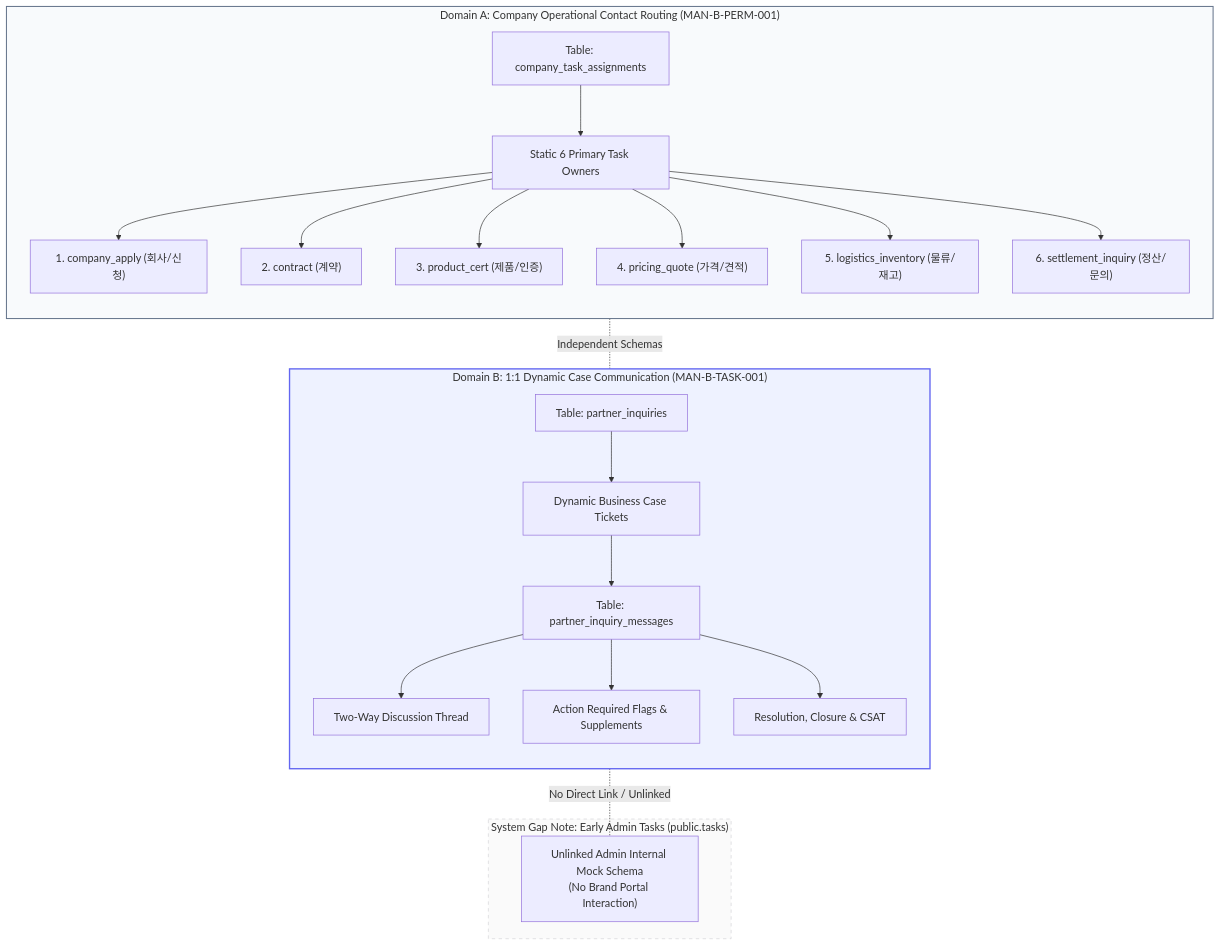
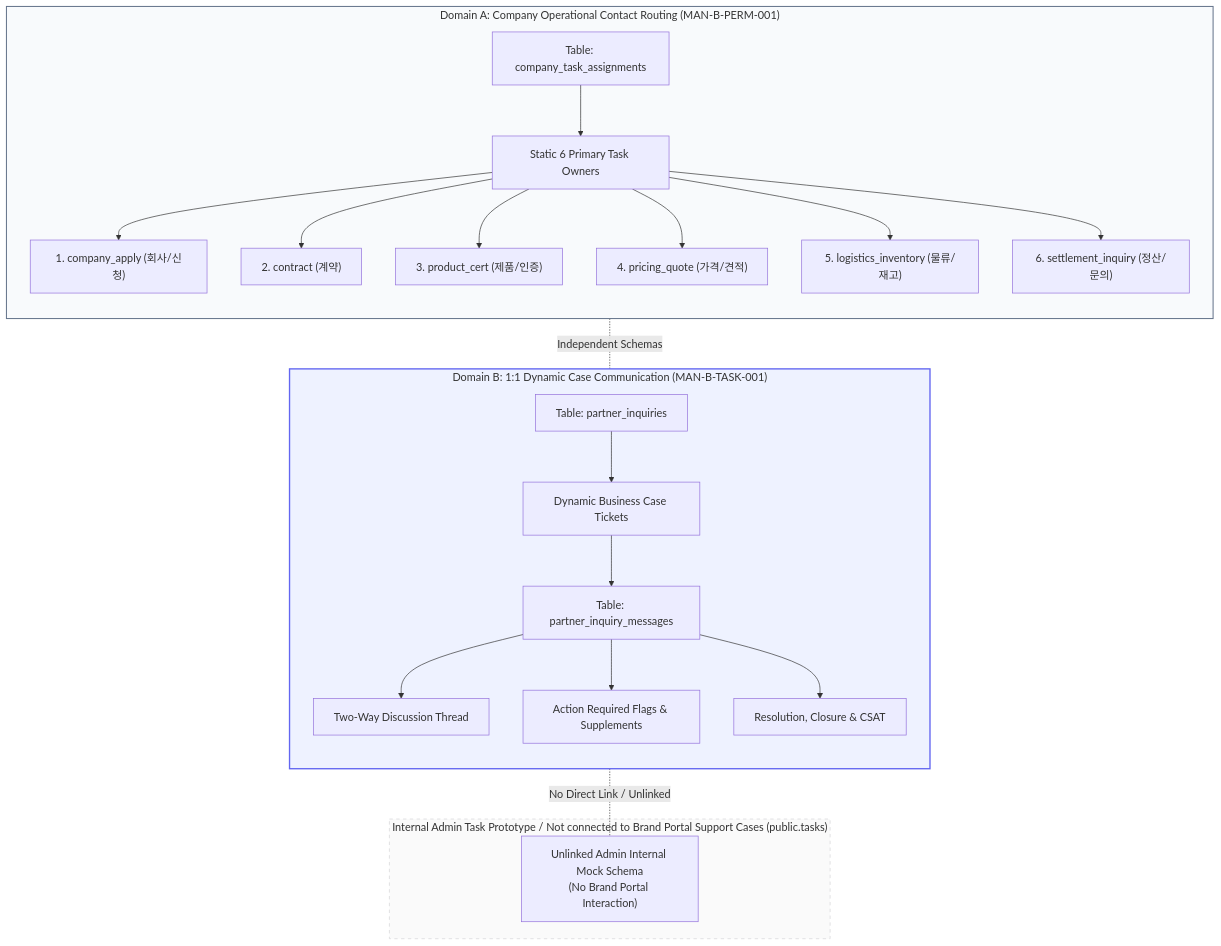
One commit to chaehahm-Kr/KBGP-Portal changed the first of 7 diagrams in Manuals/MAN-B-TASK-001_Task-Communication/02_CLAUDE_PACKAGE/03_DIAGRAMS/TASK_COMMUNICATION_ARCHITECTURE_DIAGRAMS.md. Above: the diagram before and after it, drawn with Mermaid. The commit also changed 7 other files, not shown here.

````diff
--- a/Manuals/MAN-B-TASK-001_Task-Communication/02_CLAUDE_PACKAGE/03_DIAGRAMS/TASK_COMMUNICATION_ARCHITECTURE_DIAGRAMS.md
+++ b/Manuals/MAN-B-TASK-001_Task-Communication/02_CLAUDE_PACKAGE/03_DIAGRAMS/TASK_COMMUNICATION_ARCHITECTURE_DIAGRAMS.md
@@ -13,32 +13,32 @@
 ```mermaid
 graph TD
     subgraph DomainA["Domain A: Company Operational Contact Routing (MAN-B-PERM-001)"]
         direction TB
         A1["Table: company_task_assignments"] --> A2["Static 6 Primary Task Owners"]
         A2 --> A3["1. company_apply (회사/신청)"]
         A2 --> A4["2. contract (계약)"]
         A2 --> A5["3. product_cert (제품/인증)"]
         A2 --> A6["4. pricing_quote (가격/견적)"]
         A2 --> A7["5. logistics_inventory (물류/재고)"]
         A2 --> A8["6. settlement_inquiry (정산/문의)"]
         style DomainA fill:#f8fafc,stroke:#64748b,stroke-width:1.5px
     end
 
     subgraph DomainB["Domain B: 1:1 Dynamic Case Communication (MAN-B-TASK-001)"]
         direction TB
         B1["Table: partner_inquiries"] --> B2["Dynamic Business Case Tickets"]
         B2 --> B3["Table: partner_inquiry_messages"]
         B3 --> B4["Two-Way Discussion Thread"]
         B3 --> B5["Action Required Flags & Supplements"]
         B3 --> B6["Resolution, Closure & CSAT"]
         style DomainB fill:#eef2ff,stroke:#6366f1,stroke-width:2px
     end
 
-    subgraph DomainC["System Gap Note: Early Admin Tasks (public.tasks)"]
+    subgraph DomainC["Internal Admin Task Prototype / Not connected to Brand Portal Support Cases (public.tasks)"]
         C1["Unlinked Admin Internal Mock Schema<br/>(No Brand Portal Interaction)"]
         style DomainC fill:#fafafa,stroke:#d4d4d8,stroke-dasharray: 5 5
     end
 
     A1 -. "Independent Schemas" .- B1
     B1 -. "No Direct Link / Unlinked" .- C1
 ```
````
